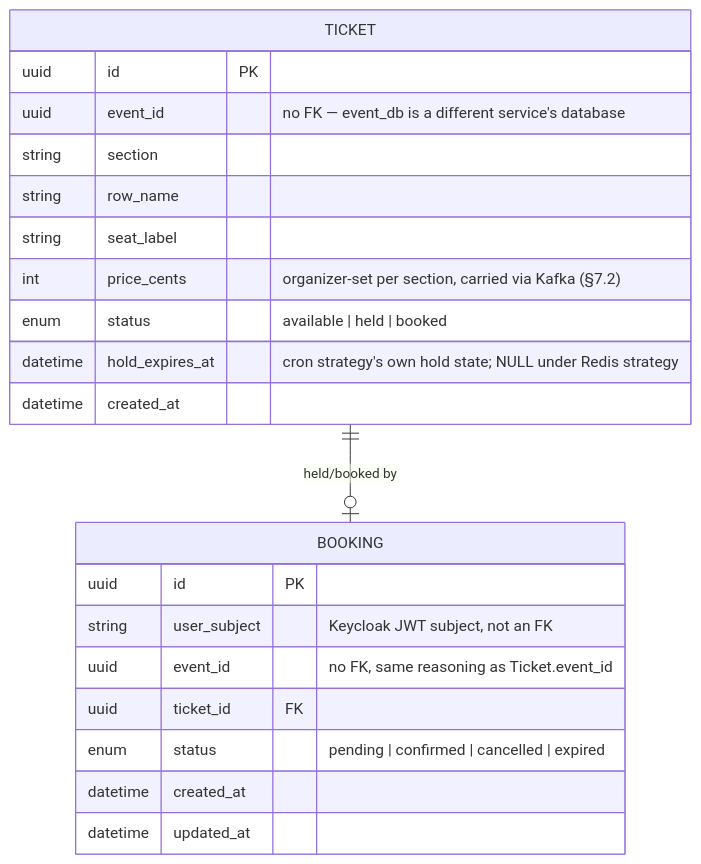
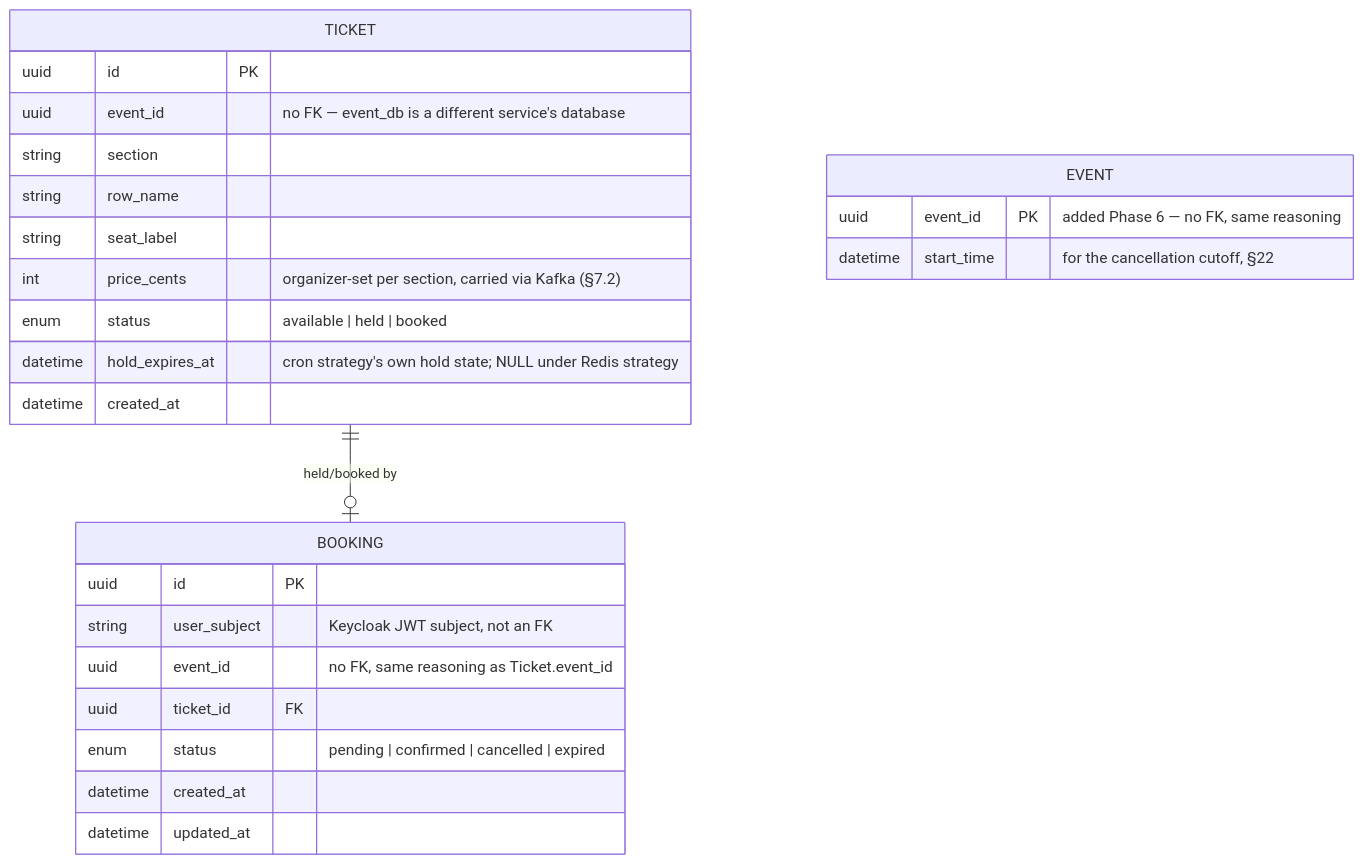
The second of 3 diagrams in docs/report/database-schema-design.md (STRYKER316/event-ticketing-platform), drawn with Mermaid before and after one commit. The commit also changed other lines of this file and 4 other files, not shown here.

Commit message:
docs: draft Phase 6 report chapters (requirement gathering, class diagrams, schema, testing strategy)

````diff
--- a/docs/report/database-schema-design.md
+++ b/docs/report/database-schema-design.md
@@ -176,25 +176,29 @@
 ```mermaid
 erDiagram
     TICKET ||--o| BOOKING : "held/booked by"
 
     TICKET {
         uuid id PK
         uuid event_id "no FK — event_db is a different service's database"
         string section
         string row_name
         string seat_label
         int price_cents "organizer-set per section, carried via Kafka (§7.2)"
         enum status "available | held | booked"
         datetime hold_expires_at "cron strategy's own hold state; NULL under Redis strategy"
         datetime created_at
     }
     BOOKING {
         uuid id PK
         string user_subject "Keycloak JWT subject, not an FK"
         uuid event_id "no FK, same reasoning as Ticket.event_id"
         uuid ticket_id FK
         enum status "pending | confirmed | cancelled | expired"
         datetime created_at
         datetime updated_at
     }
+    EVENT {
+        uuid event_id PK "added Phase 6 — no FK, same reasoning"
+        datetime start_time "for the cancellation cutoff, §22"
+    }
 ```
````
